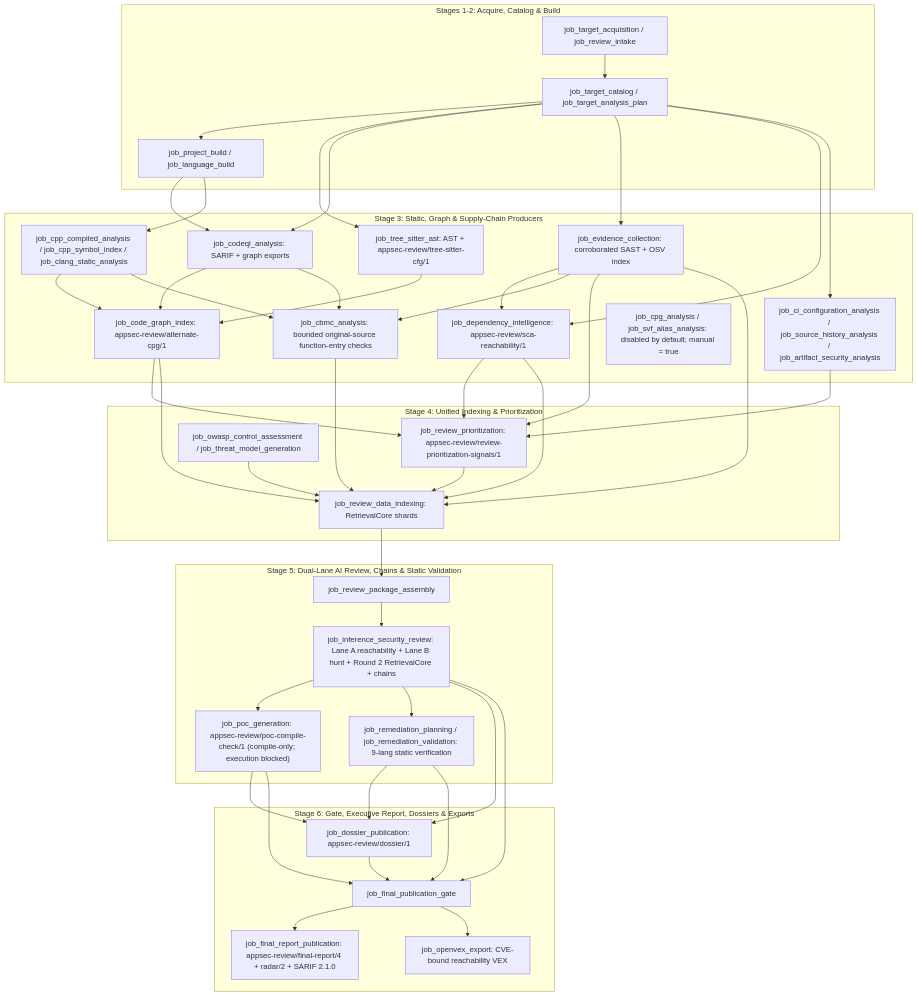
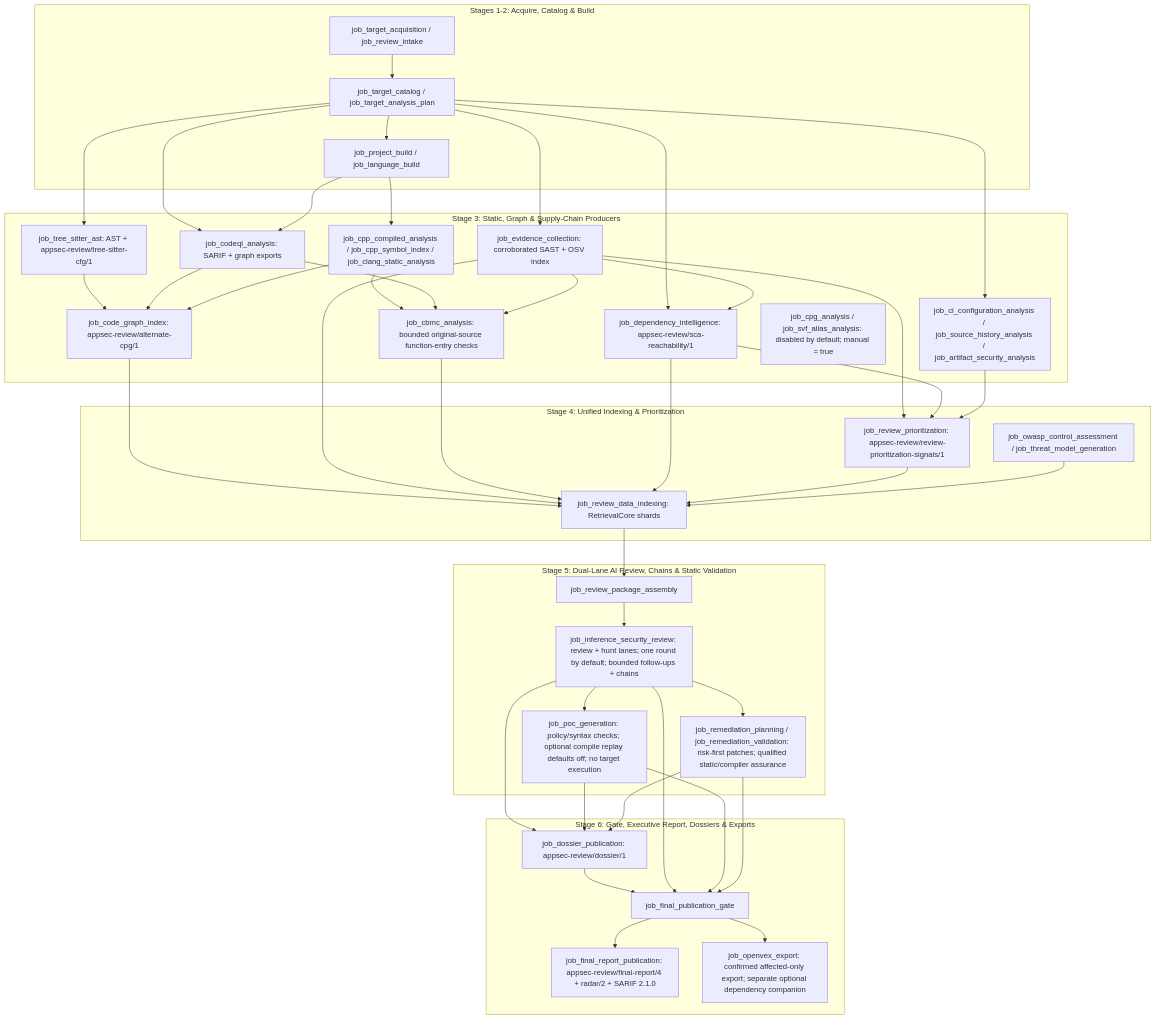
The diagram in docs/overview.md (wsollers/appsec-review), drawn with Mermaid before and after one commit. The commit also changed other lines of this file and 29 other files, not shown here.

First line of the commit message:
docs: reconcile cumulative architecture and final CBMC boundaries

````diff
--- a/docs/overview.md
+++ b/docs/overview.md
@@ -32,53 +37,53 @@
 ```mermaid
 flowchart TB
   subgraph S12["Stages 1-2: Acquire, Catalog & Build"]
     acq["job_target_acquisition / job_review_intake"] --> cat["job_target_catalog / job_target_analysis_plan"]
     cat --> bld["job_project_build / job_language_build"]
   end
   subgraph S3["Stage 3: Static, Graph & Supply-Chain Producers"]
     cat --> ts["job_tree_sitter_ast: AST + appsec-review/tree-sitter-cfg/1"]
     cat --> cql["job_codeql_analysis: SARIF + graph exports"]
     bld --> cql
     bld --> cpp["job_cpp_compiled_analysis / job_cpp_symbol_index / job_clang_static_analysis"]
     ts --> cgi["job_code_graph_index: appsec-review/alternate-cpg/1"]
     cql --> cgi
     cpp --> cgi
     cpp --> cbmc["job_cbmc_analysis: bounded original-source function-entry checks"]
     cql --> cbmc
     cat --> ev["job_evidence_collection: corroborated SAST + OSV index"]
     cat --> dep["job_dependency_intelligence: appsec-review/sca-reachability/1"]
     ev --> dep
     ev --> cbmc
     cat --> ctx["job_ci_configuration_analysis / job_source_history_analysis / job_artifact_security_analysis"]
     retired["job_cpg_analysis / job_svf_alias_analysis: disabled by default; manual = true"]
   end
   subgraph S4["Stage 4: Unified Indexing & Prioritization"]
-    cgi --> prio["job_review_prioritization: appsec-review/review-prioritization-signals/1"]
+    prio["job_review_prioritization: appsec-review/review-prioritization-signals/1"]
     ev --> prio
     dep --> prio
     ctx --> prio
     cgi --> idx["job_review_data_indexing: RetrievalCore shards"]
     ev --> idx
     cbmc --> idx
     dep --> idx
     prio --> idx
     owasp["job_owasp_control_assessment / job_threat_model_generation"] --> idx
   end
   subgraph S5["Stage 5: Dual-Lane AI Review, Chains & Static Validation"]
     idx --> pkg["job_review_package_assembly"]
-    pkg --> inf["job_inference_security_review: Lane A reachability + Lane B hunt + Round 2 RetrievalCore + chains"]
-    inf --> poc["job_poc_generation: appsec-review/poc-compile-check/1 (compile-only; execution blocked)"]
-    inf --> rem["job_remediation_planning / job_remediation_validation: 9-lang static verification"]
+    pkg --> inf["job_inference_security_review: review + hunt lanes; one round by default; bounded follow-ups + chains"]
+    inf --> poc["job_poc_generation: policy/syntax checks; optional compile replay defaults off; no target execution"]
+    inf --> rem["job_remediation_planning / job_remediation_validation: risk-first patches; qualified static/compiler assurance"]
   end
   subgraph S6["Stage 6: Gate, Executive Report, Dossiers & Exports"]
     inf --> dos["job_dossier_publication: appsec-review/dossier/1"]
     poc --> dos
     rem --> dos
     dos --> gate["job_final_publication_gate"]
     inf --> gate
     poc --> gate
     rem --> gate
     gate --> rep["job_final_report_publication: appsec-review/final-report/4 + radar/2 + SARIF 2.1.0"]
-    gate --> vex["job_openvex_export: CVE-bound reachability VEX"]
+    gate --> vex["job_openvex_export: confirmed affected-only export; separate optional dependency companion"]
   end
 ```
````
